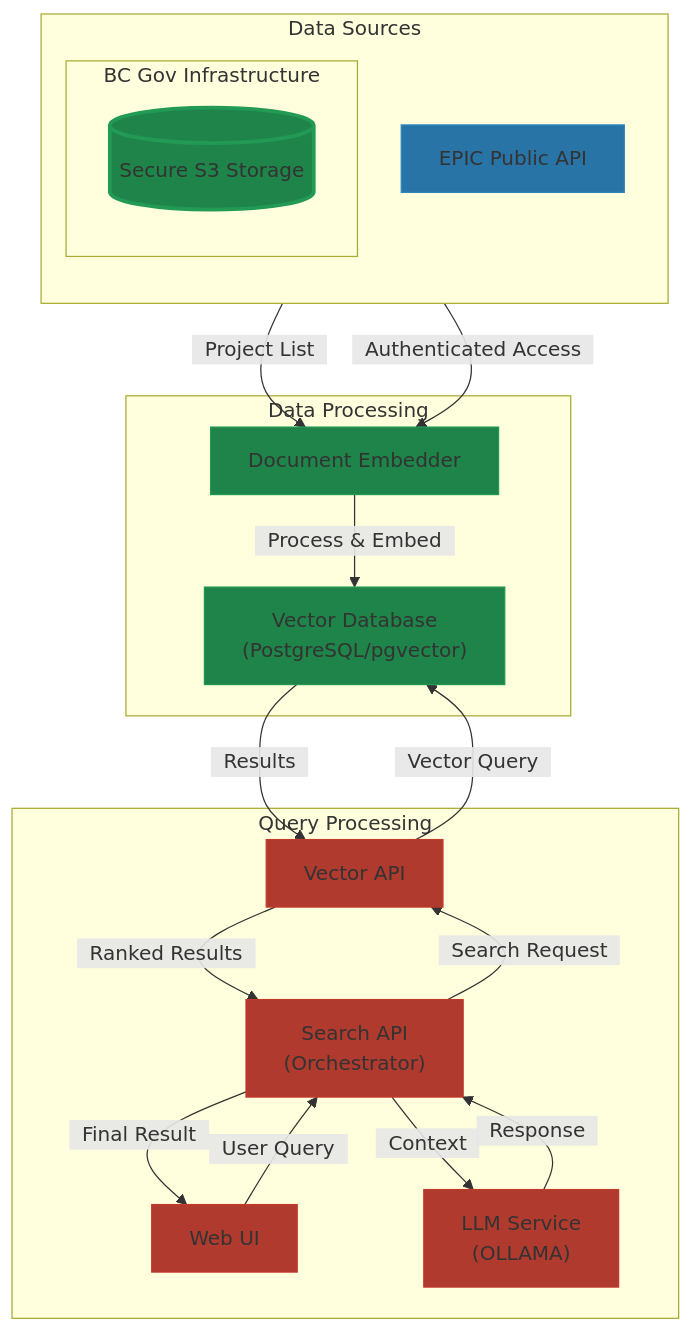
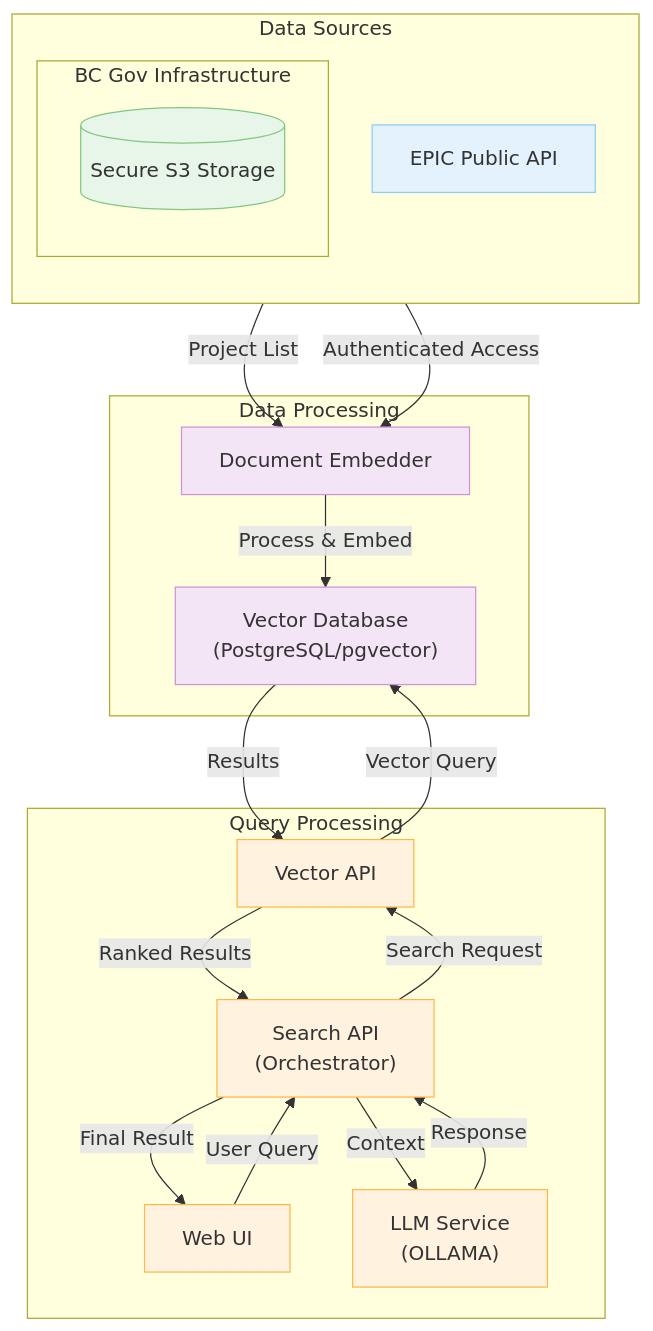
One commit to bcgov/EPIC.search changed the first of 3 diagrams in documentation/DATAFLOW.md. Above: the diagram before and after it, drawn with Mermaid. The commit also changed other lines of this file and 1 other file, not shown here.

Commit message:
remove &nbsp from mermaid diagrams, and apply color science

````diff
--- a/documentation/DATAFLOW.md
+++ b/documentation/DATAFLOW.md
@@ -16,48 +15,48 @@
 ```mermaid
 flowchart TB
     subgraph Public ["Data Sources"]
         EPIC["EPIC Public API"]
         direction TB
         subgraph Secure ["BC Gov Infrastructure"]
             S3[("Secure S3 Storage")]
         end
     end
 
     subgraph Processing ["Data Processing"]
         Embedder["Document Embedder"]
         VectorDB["Vector Database<br>(PostgreSQL/pgvector)"]
     end
 
     subgraph Query ["Query Processing"]
         UI["Web UI"]
         SearchAPI["Search API<br>(Orchestrator)"]
         VectorAPI["Vector API"]
         LLM["LLM Service<br>(OLLAMA)"]
     end
 
     %% Data Ingestion Flow
-    EPIC -->|&nbsp;&nbsp;Project List&nbsp;&nbsp;| Embedder
-    S3 -->|&nbsp;&nbsp;Authenticated Access&nbsp;&nbsp;| Embedder
-    Embedder -->|&nbsp;&nbsp;Process & Embed&nbsp;&nbsp;| VectorDB
+    EPIC -->|Project List| Embedder
+    S3 -->|Authenticated Access| Embedder
+    Embedder -->|Process & Embed| VectorDB
 
     %% Query Flow
-    UI -->|&nbsp;&nbsp;User Query&nbsp;&nbsp;| SearchAPI
-    SearchAPI -->|&nbsp;&nbsp;Search Request&nbsp;&nbsp;| VectorAPI
-    VectorAPI -->|&nbsp;&nbsp;Vector Query&nbsp;&nbsp;| VectorDB
-    VectorDB -->|&nbsp;&nbsp;Results&nbsp;&nbsp;| VectorAPI
-    VectorAPI -->|&nbsp;&nbsp;Ranked Results&nbsp;&nbsp;| SearchAPI
-    SearchAPI -->|&nbsp;&nbsp;Context&nbsp;&nbsp;| LLM
-    LLM -->|&nbsp;&nbsp;Response&nbsp;&nbsp;| SearchAPI
-    SearchAPI -->|&nbsp;&nbsp;Final Result&nbsp;&nbsp;| UI
+    UI -->|User Query| SearchAPI
+    SearchAPI -->|Search Request| VectorAPI
+    VectorAPI -->|Vector Query| VectorDB
+    VectorDB -->|Results| VectorAPI
+    VectorAPI -->|Ranked Results| SearchAPI
+    SearchAPI -->|Context| LLM
+    LLM -->|Response| SearchAPI
+    SearchAPI -->|Final Result| UI
 
     %% Styling
-    classDef public fill:#2874A6,stroke:#2E86C1
-    classDef secure fill:#1E8449,stroke:#229954,stroke-width:3px
-    classDef process fill:#1E8449,stroke:#229954
-    classDef query fill:#B03A2E,stroke:#C0392B
+    classDef public fill:#E3F2FD,stroke:#90CAF9,stroke-width:2px      %% Light Blue
+    classDef secure fill:#E8F5E9,stroke:#81C784,stroke-width:2px      %% Light Green
+    classDef process fill:#F3E5F5,stroke:#CE93D8,stroke-width:2px     %% Light Purple
+    classDef query fill:#FFF3E0,stroke:#FFB74D,stroke-width:2px       %% Light Orange
     
     class EPIC public
     class S3 secure
     class Embedder,VectorDB process
     class UI,SearchAPI,VectorAPI,LLM query
 ```
````
